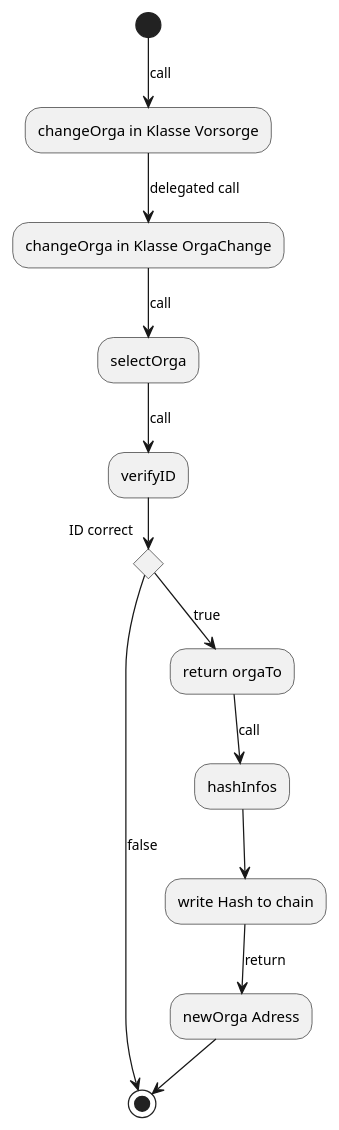
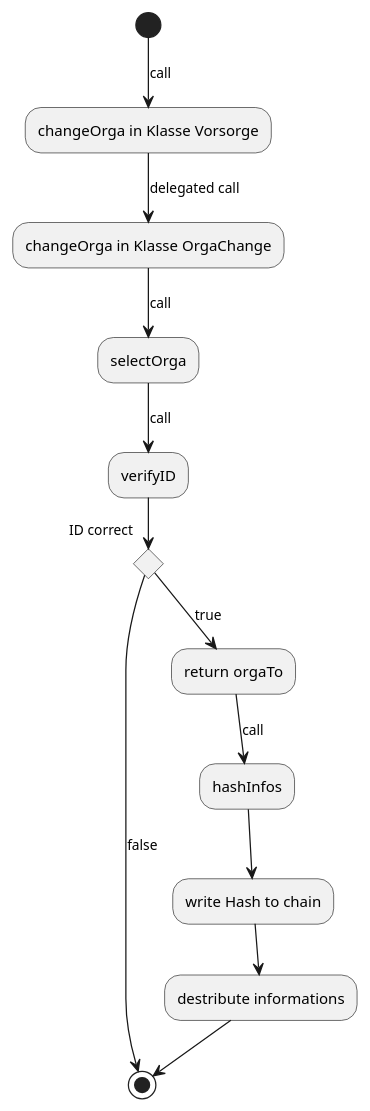
Before and after one commit to TK5-Tim/Unibas-BCC2019-VVS: the diagram in docs/VVS_activity_changeOrga.puml, drawn with PlantUML. The commit also changed 5 other files, not shown here.

Commit message:
first version contracts. new version diagrams

```diff
--- a/docs/VVS_activity_changeOrga.puml
+++ b/docs/VVS_activity_changeOrga.puml
@@ -1,16 +1,16 @@
 @startuml Aktivitätsdiagram ChangeOrga 
 (*) -->[call] "changeOrga in Klasse Vorsorge"
  --> [delegated call]"changeOrga in Klasse OrgaChange"
 
  --> [call]"selectOrga" 
  --> [call]"verifyID" 
  if "ID correct" then 
     --> [true]"return orgaTo" as a1
  else 
  ->[false](*)
 endif
  a1 -->[call] "hashInfos"
  --> "write Hash to chain"
- --> [return] "newOrga Adress" 
+ --> "destribute informations" 
  -->(*)
 @enduml
```
